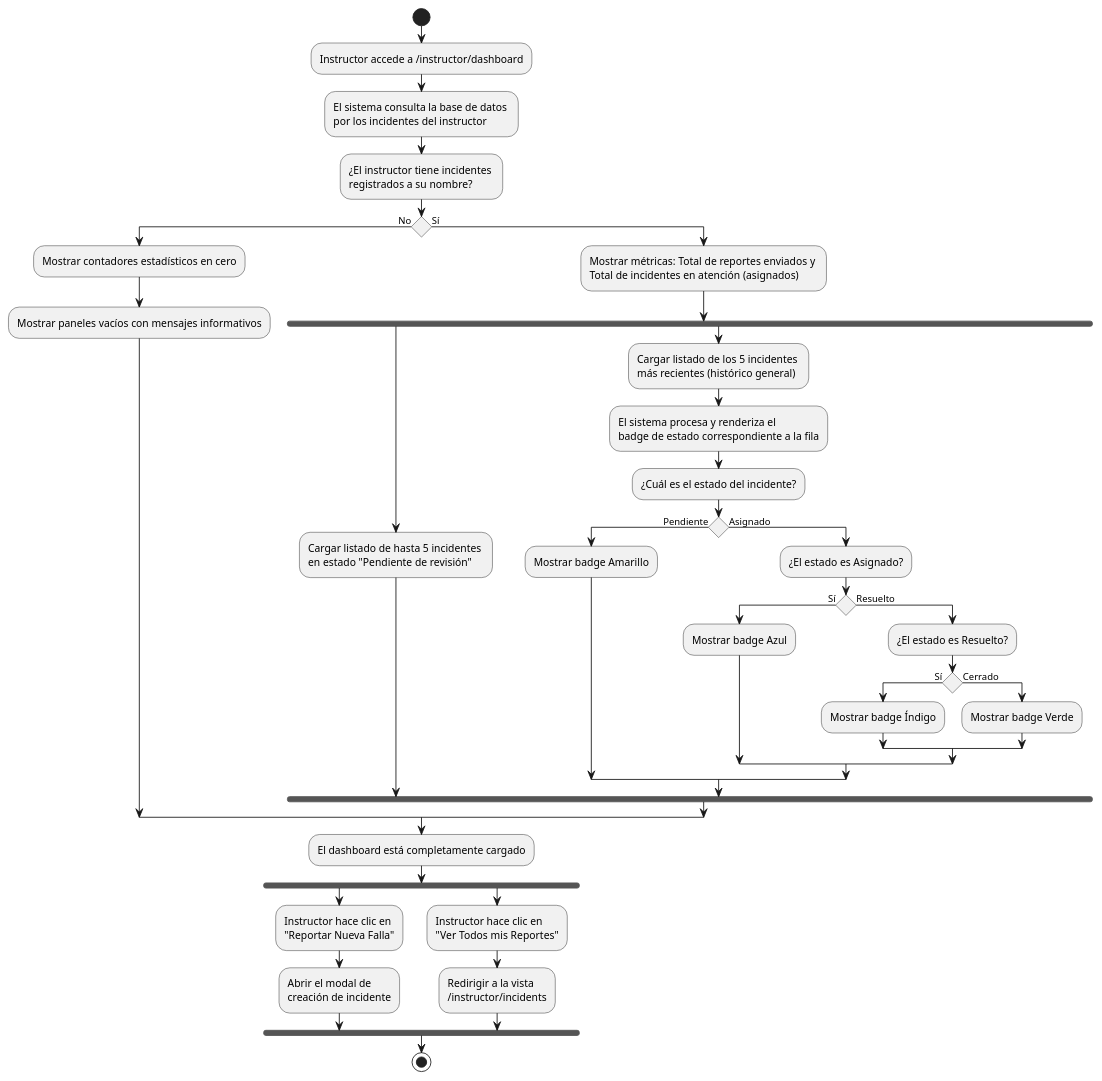
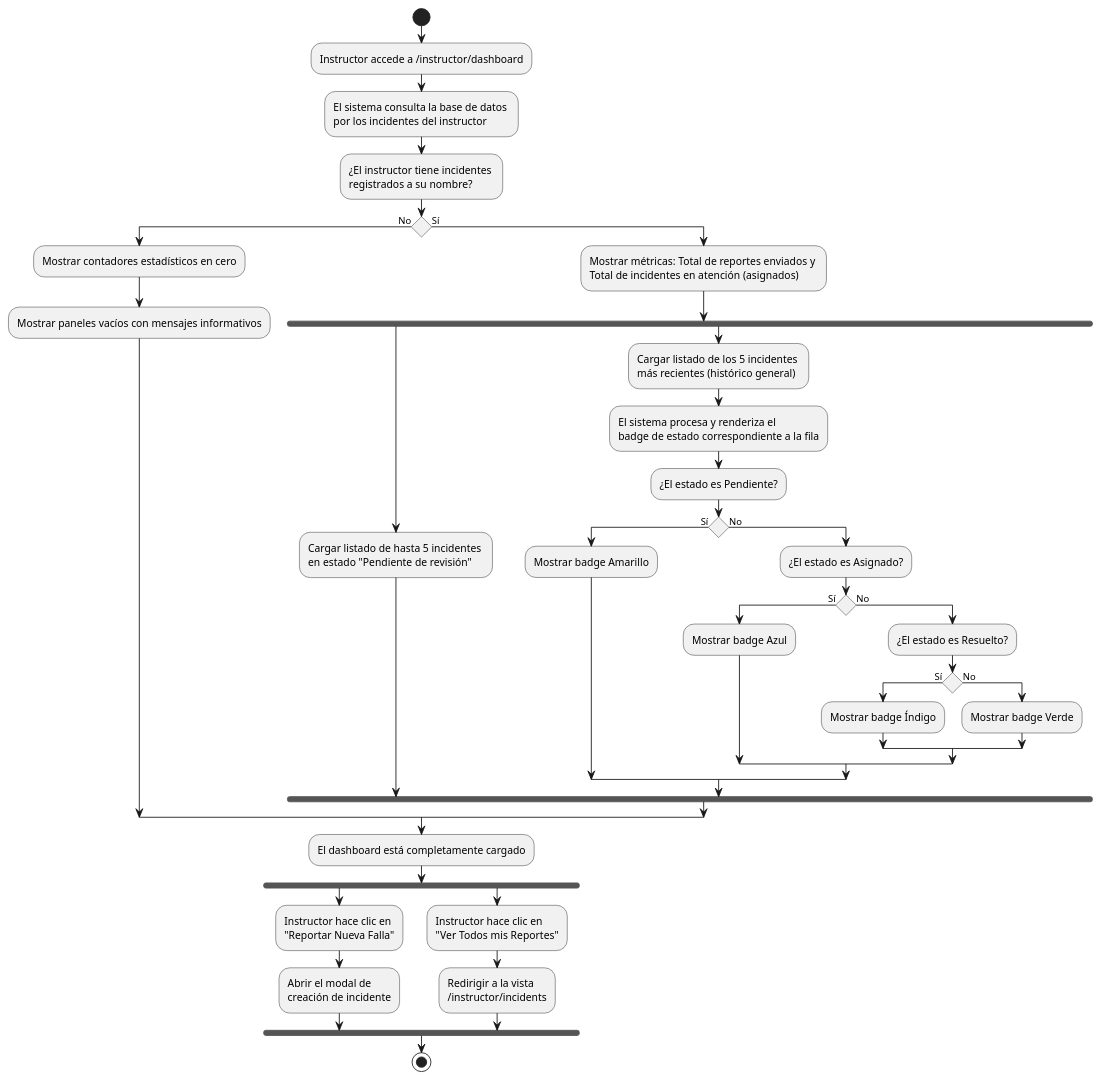
Before and after one commit to MasterErrorCLONE04/SIGERD.1.0: the diagram in document/diagrama_actividades/INS/INS-5.md, drawn with PlantUML. The commit also changed 18 other files, not shown here.

````diff
--- a/document/diagrama_actividades/INS/INS-5.md
+++ b/document/diagrama_actividades/INS/INS-5.md
@@ -21,56 +21,56 @@
 ```plantuml
 @startuml
 skinparam ConditionEndStyle hline
 
 start
 
 :Instructor accede a /instructor/dashboard;
 
 :El sistema consulta la base de datos \npor los incidentes del instructor;
 
 :¿El instructor tiene incidentes \nregistrados a su nombre?;
 if () then (No)
   :Mostrar contadores estadísticos en cero;
   :Mostrar paneles vacíos con mensajes informativos;
 else (Sí)
   :Mostrar métricas: Total de reportes enviados y \nTotal de incidentes en atención (asignados);
   
   fork
     :Cargar listado de hasta 5 incidentes \nen estado "Pendiente de revisión";
   fork again
     :Cargar listado de los 5 incidentes \nmás recientes (histórico general);
     
     :El sistema procesa y renderiza el \nbadge de estado correspondiente a la fila;
     
-    :¿Cuál es el estado del incidente?;
-    if () then (Pendiente)
+    :¿El estado es Pendiente?;
+    if () then (Sí)
       :Mostrar badge Amarillo;
-    else (Asignado)
+    else (No)
       :¿El estado es Asignado?;
       if () then (Sí)
         :Mostrar badge Azul;
-      else (Resuelto)
+      else (No)
         :¿El estado es Resuelto?;
         if () then (Sí)
           :Mostrar badge Índigo;
-        else (Cerrado)
+        else (No)
           :Mostrar badge Verde;
         endif
       endif
     endif
   end fork
 endif
 
 :El dashboard está completamente cargado;
 
 fork
   :Instructor hace clic en \n"Reportar Nueva Falla";
   :Abrir el modal de \ncreación de incidente;
 fork again
   :Instructor hace clic en \n"Ver Todos mis Reportes";
   :Redirigir a la vista \n/instructor/incidents;
 end fork
 
 stop
 @enduml
 ```
````
